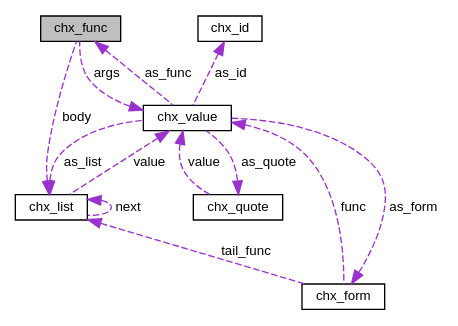
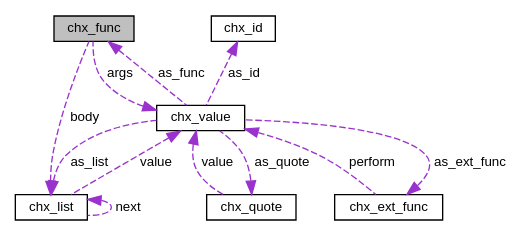
One commit to antonijn/cheax changed the diagram in structchx__func__coll__graph.dot. Above: the diagram before and after it, drawn with Graphviz. The commit also changed 150 other files, not shown here.

```diff
--- a/structchx__func__coll__graph.dot
+++ b/structchx__func__coll__graph.dot
@@ -1,24 +1,23 @@
 digraph "chx_func"
 {
  // LATEX_PDF_SIZE
   edge [fontname="Helvetica",fontsize="10",labelfontname="Helvetica",labelfontsize="10"];
   node [fontname="Helvetica",fontsize="10",shape=record];
   Node1 [label="chx_func",height=0.2,width=0.4,color="black", fillcolor="grey75", style="filled", fontcolor="black",tooltip="Function or macro type."];
   Node2 -> Node1 [dir="back",color="darkorchid3",fontsize="10",style="dashed",label=" body" ,fontname="Helvetica"];
   Node2 [label="chx_list",height=0.2,width=0.4,color="black", fillcolor="white", style="filled",URL="$structchx__list.html",tooltip="List type."];
   Node2 -> Node2 [dir="back",color="darkorchid3",fontsize="10",style="dashed",label=" next" ,fontname="Helvetica"];
   Node3 -> Node2 [dir="back",color="darkorchid3",fontsize="10",style="dashed",label=" value" ,fontname="Helvetica"];
   Node3 [label="chx_value",height=0.2,width=0.4,color="black", fillcolor="white", style="filled",URL="$structchx__value.html",tooltip="Represents a value in the cheax environment."];
   Node4 -> Node3 [dir="back",color="darkorchid3",fontsize="10",style="dashed",label=" as_quote" ,fontname="Helvetica"];
   Node4 [label="chx_quote",height=0.2,width=0.4,color="black", fillcolor="white", style="filled",URL="$structchx__quote.html",tooltip="Quoted value type."];
   Node3 -> Node4 [dir="back",color="darkorchid3",fontsize="10",style="dashed",label=" value" ,fontname="Helvetica"];
-  Node5 -> Node3 [dir="back",color="darkorchid3",fontsize="10",style="dashed",label=" as_form" ,fontname="Helvetica"];
-  Node5 [label="chx_form",height=0.2,width=0.4,color="black", fillcolor="white", style="filled",URL="$structchx__form.html",tooltip="Cheax external/user function expression."];
-  Node2 -> Node5 [dir="back",color="darkorchid3",fontsize="10",style="dashed",label=" tail_func" ,fontname="Helvetica"];
-  Node3 -> Node5 [dir="back",color="darkorchid3",fontsize="10",style="dashed",label=" func" ,fontname="Helvetica"];
+  Node5 -> Node3 [dir="back",color="darkorchid3",fontsize="10",style="dashed",label=" as_ext_func" ,fontname="Helvetica"];
+  Node5 [label="chx_ext_func",height=0.2,width=0.4,color="black", fillcolor="white", style="filled",URL="$structchx__ext__func.html",tooltip="Cheax external/user function expression."];
+  Node3 -> Node5 [dir="back",color="darkorchid3",fontsize="10",style="dashed",label=" perform" ,fontname="Helvetica"];
   Node6 -> Node3 [dir="back",color="darkorchid3",fontsize="10",style="dashed",label=" as_id" ,fontname="Helvetica"];
   Node6 [label="chx_id",height=0.2,width=0.4,color="black", fillcolor="white", style="filled",URL="$structchx__id.html",tooltip="Identifier type."];
   Node2 -> Node3 [dir="back",color="darkorchid3",fontsize="10",style="dashed",label=" as_list" ,fontname="Helvetica"];
   Node1 -> Node3 [dir="back",color="darkorchid3",fontsize="10",style="dashed",label=" as_func" ,fontname="Helvetica"];
   Node3 -> Node1 [dir="back",color="darkorchid3",fontsize="10",style="dashed",label=" args" ,fontname="Helvetica"];
 }
```
